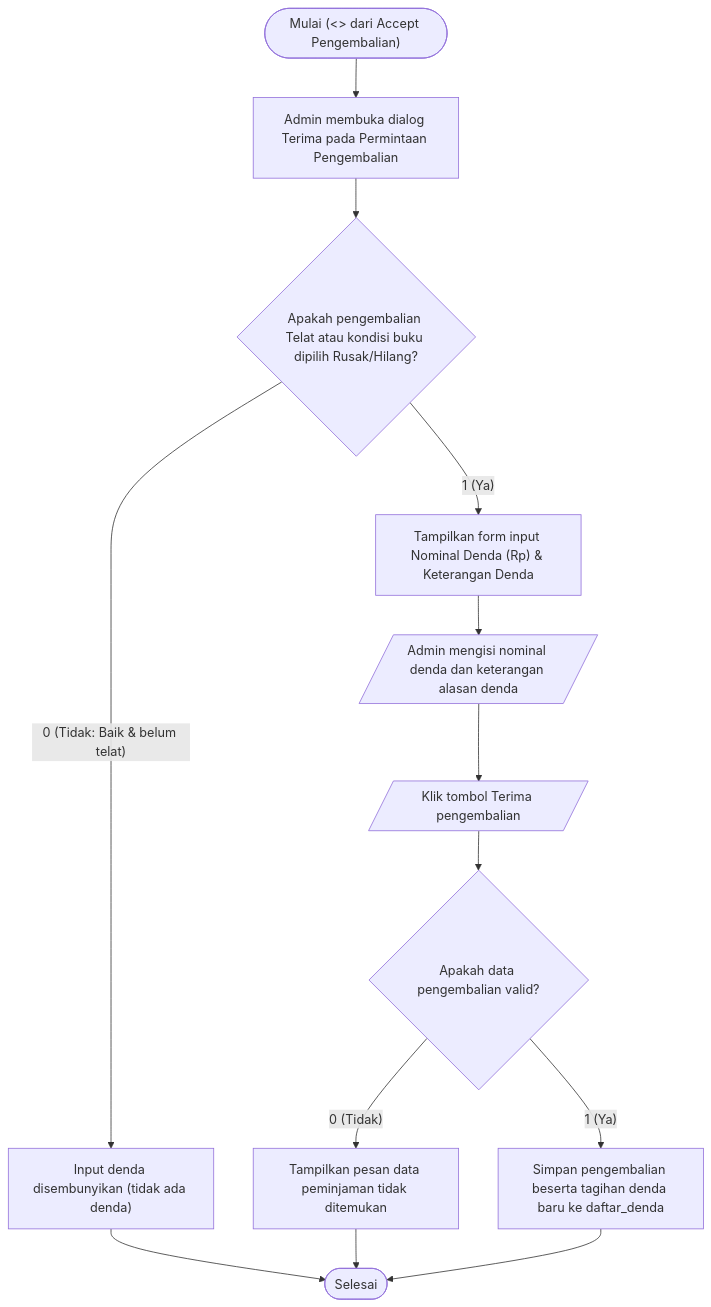
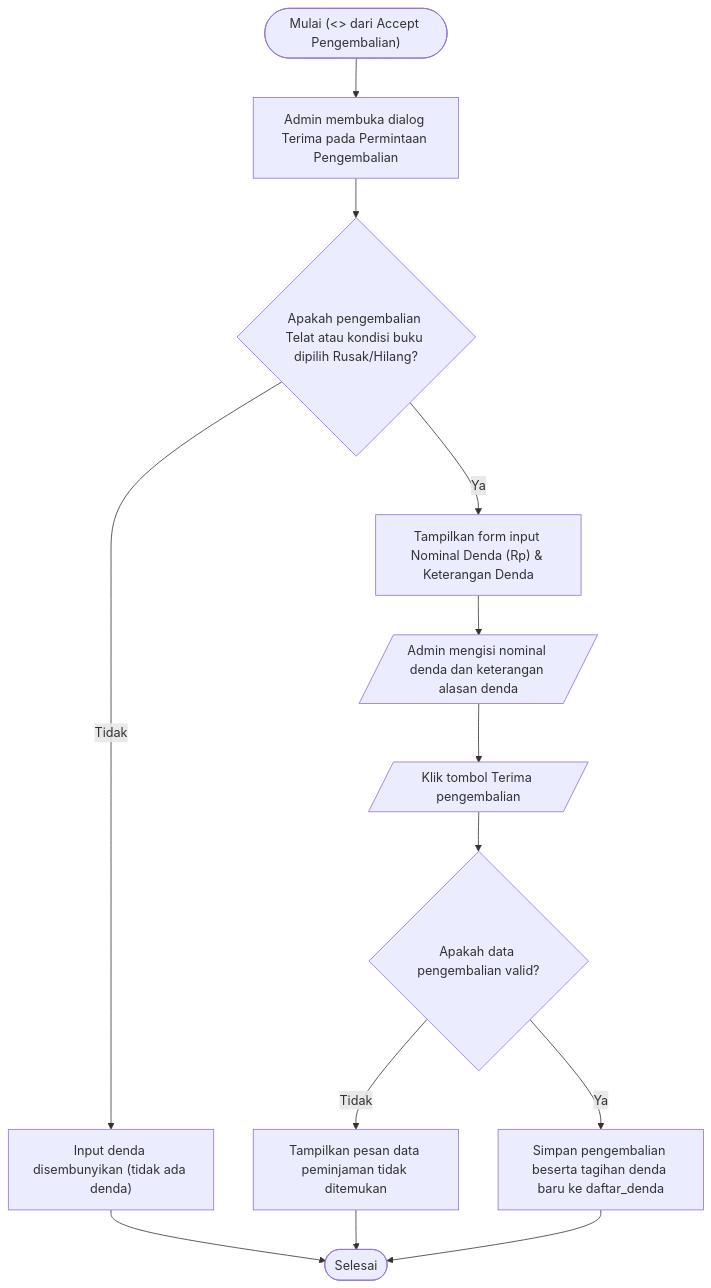
Before and after one commit to dimstyle/ruang-baca: the diagram in docs/uml/src/diagrams/list-diagrams/flowchart-createdenda.mmd, drawn with Mermaid. The commit also changed 134 other files, not shown here.

Commit message:
docs(diagrams): add Chen ERD, use parallelograms for activity I/O, fix layouts, and simplify Ya/Tidak labels

```diff
--- a/docs/uml/src/diagrams/list-diagrams/flowchart-createdenda.mmd
+++ b/docs/uml/src/diagrams/list-diagrams/flowchart-createdenda.mmd
@@ -1,13 +1,13 @@
 flowchart TD
     start(["Mulai (<<extend>> dari Accept Pengembalian)"]) --> openDialog["Admin membuka dialog Terima pada Permintaan Pengembalian"]
     openDialog --> evalCond{"Apakah pengembalian Telat atau kondisi buku dipilih Rusak/Hilang?"}
-    evalCond -->|"0 (Tidak: Baik & belum telat)"| noFine["Input denda disembunyikan (tidak ada denda)"]
+    evalCond -->|"Tidak"| noFine["Input denda disembunyikan (tidak ada denda)"]
     noFine --> finish(["Selesai"])
-    evalCond -->|"1 (Ya)"| showFine["Tampilkan form input Nominal Denda (Rp) & Keterangan Denda"]
+    evalCond -->|"Ya"| showFine["Tampilkan form input Nominal Denda (Rp) & Keterangan Denda"]
     showFine --> inputFine[/"Admin mengisi nominal denda dan keterangan alasan denda"/]
     inputFine --> clickAccept[/"Klik tombol Terima pengembalian"/]
     clickAccept --> checkFound{"Apakah data pengembalian valid?"}
-    checkFound -->|"0 (Tidak)"| notFound["Tampilkan pesan data peminjaman tidak ditemukan"]
+    checkFound -->|"Tidak"| notFound["Tampilkan pesan data peminjaman tidak ditemukan"]
     notFound --> finish
-    checkFound -->|"1 (Ya)"| created["Simpan pengembalian beserta tagihan denda baru ke daftar_denda"]
+    checkFound -->|"Ya"| created["Simpan pengembalian beserta tagihan denda baru ke daftar_denda"]
     created --> finish
```
